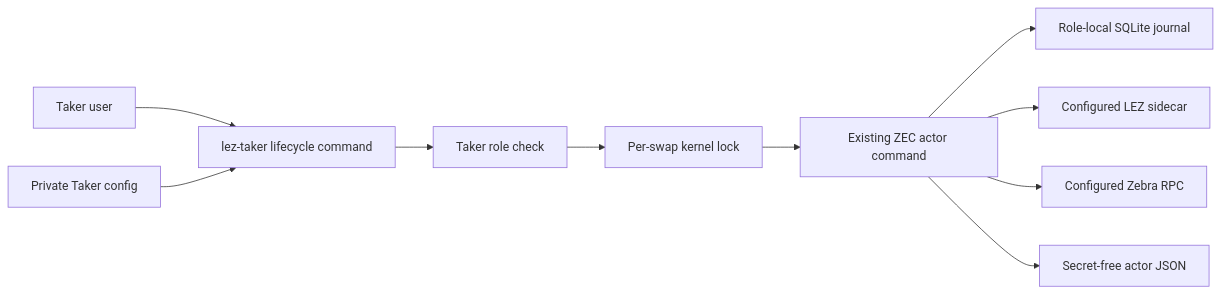
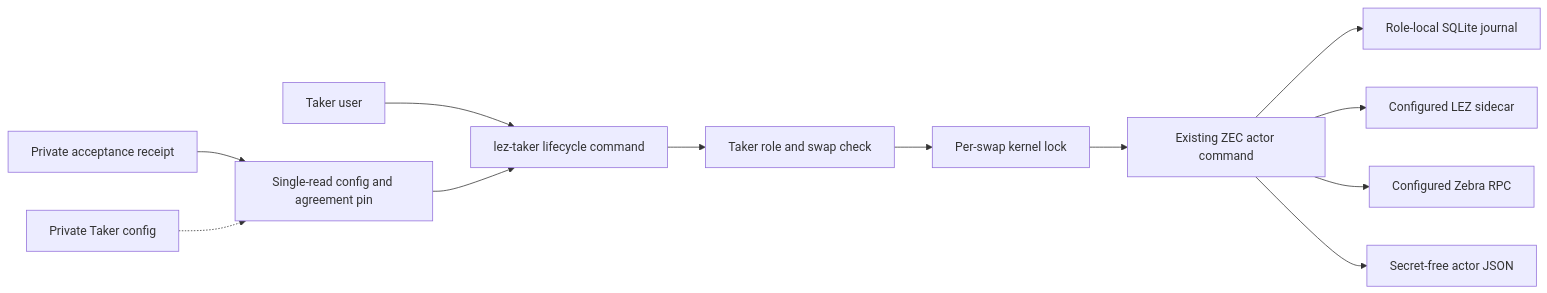
Before and after one commit to gateway-fm/lez-atomic-swaps: the first of 2 diagrams in docs/architecture/0105-run-taker-lifecycle-from-role-state.md, drawn with Mermaid. The commit also changed other lines of this file and 13 other files, not shown here.

Commit message:
feat(m5): bind taker lifecycle to acceptance receipts

````diff
--- a/docs/architecture/0105-run-taker-lifecycle-from-role-state.md
+++ b/docs/architecture/0105-run-taker-lifecycle-from-role-state.md
@@ -34,12 +42,14 @@
 ```mermaid
 flowchart LR
     User[Taker user] --> CLI[lez-taker lifecycle command]
-    Config[Private Taker config] --> CLI
-    CLI --> RoleCheck[Taker role check]
+    Receipt[Private acceptance receipt] --> Pin[Single-read config and agreement pin]
+    Config[Private Taker config] -.-> Pin
+    Pin --> CLI
+    CLI --> RoleCheck[Taker role and swap check]
     RoleCheck --> Lock[Per-swap kernel lock]
     Lock --> Actor[Existing ZEC actor command]
     Actor --> DB[Role-local SQLite journal]
     Actor --> LEZ[Configured LEZ sidecar]
     Actor --> Zebra[Configured Zebra RPC]
     Actor --> Output[Secret-free actor JSON]
 ```
````
